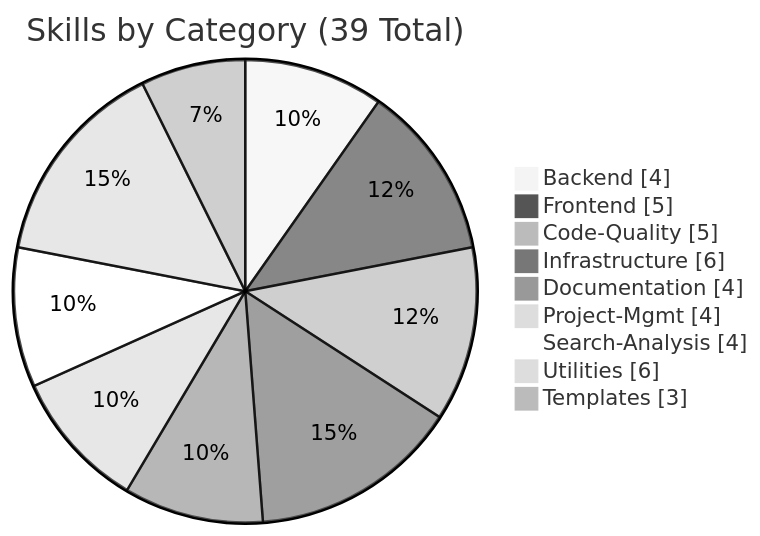
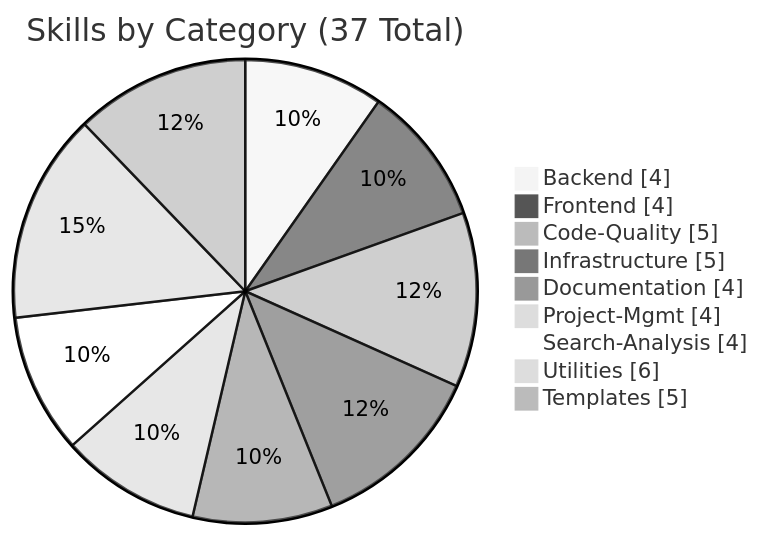
Before and after one commit to supercent-io/skills-template: the third of 6 diagrams in README.md, drawn with Mermaid (neutral theme). The commit also changed other lines of this file and 3 other files, not shown here.

````diff
--- a/README.md
+++ b/README.md
@@ -109,13 +109,13 @@
 ```mermaid
 pie showData
-    title Skills by Category (39 Total)
+    title Skills by Category (37 Total)
     "Backend" : 4
-    "Frontend" : 5
+    "Frontend" : 4
     "Code-Quality" : 5
-    "Infrastructure" : 6
+    "Infrastructure" : 5
     "Documentation" : 4
     "Project-Mgmt" : 4
     "Search-Analysis" : 4
     "Utilities" : 6
-    "Templates" : 3
+    "Templates" : 5
 ```
````
